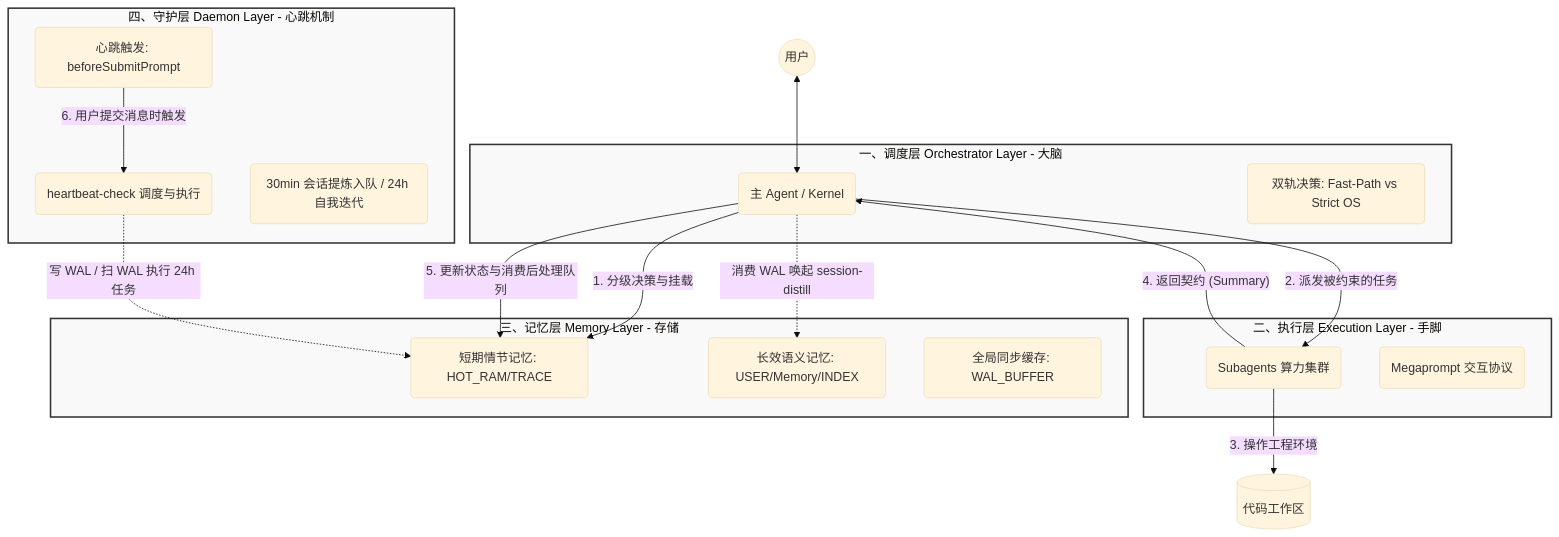
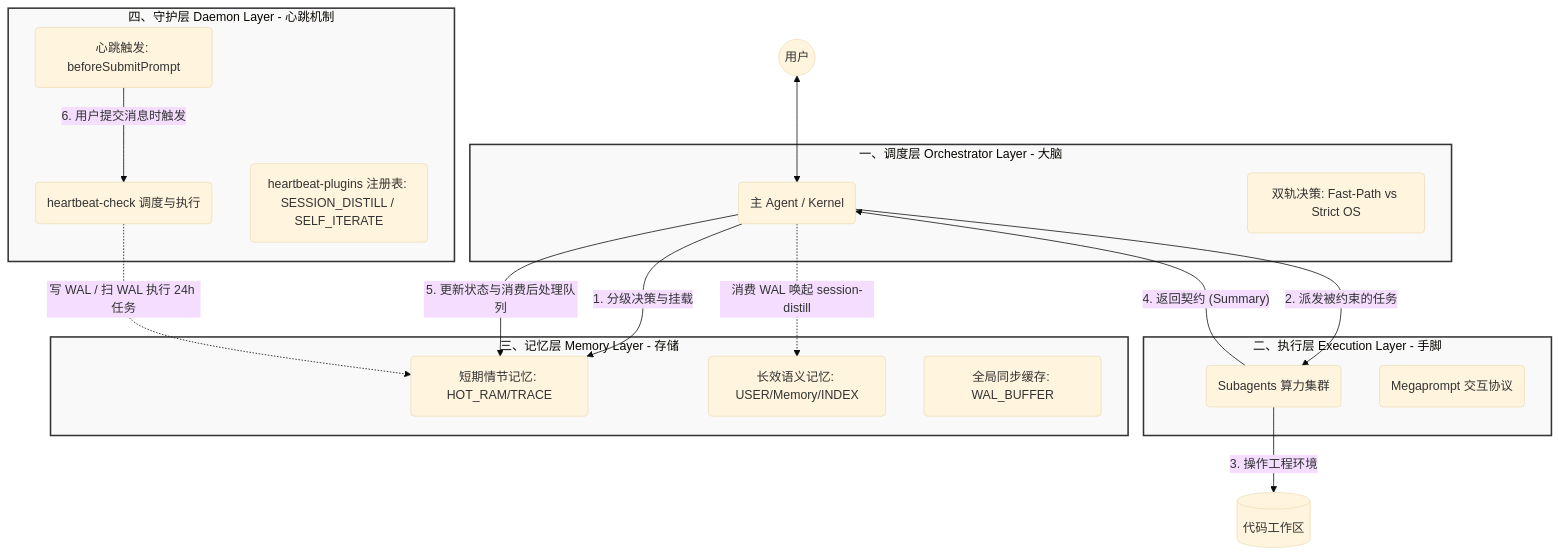
One commit to tower1229/LingXi changed the diagram in .cursor/skills/about-lingxi/references/architecture.md. Above: the diagram before and after it, drawn with Mermaid (base theme). The commit also changed other lines of this file and 16 other files, not shown here.

Commit message:
feat: Implement heartbeat plugins for session management, enhancing the architecture with new functionality for 30-minute session distillation and 24-hour self-iteration. Update installation scripts and documentation to reflect the addition of heartbeat plugins and their integration into the system.

````diff
--- a/.cursor/skills/about-lingxi/references/architecture.md
+++ b/.cursor/skills/about-lingxi/references/architecture.md
@@ -13,40 +13,40 @@
 ```mermaid
 graph TD
     classDef layer fill:#f9f9f9,stroke:#333,stroke-width:2px;
 
     User((用户))
 
     subgraph 调度层 [一、调度层 Orchestrator Layer - 大脑]
         MainAgent(主 Agent / Kernel)
         Tiers(双轨决策: Fast-Path vs Strict OS)
     end
 
     subgraph 执行层 [二、执行层 Execution Layer - 手脚]
         Subagents(Subagents 算力集群)
         Protocol(Megaprompt 交互协议)
     end
 
     subgraph 记忆层 [三、记忆层 Memory Layer - 存储]
         StateFile(短期情节记忆: HOT_RAM/TRACE)
         Knowledge(长效语义记忆: USER/Memory/INDEX)
         GlobalSync(全局同步缓存: WAL_BUFFER)
     end
 
     subgraph 守护层 [四、守护层 Daemon Layer - 心跳机制]
         Hooks(心跳触发: beforeSubmitPrompt)
         Watchdog(heartbeat-check 调度与执行)
-        Apps(30min 会话提炼入队 / 24h 自我迭代)
+        Plugins(heartbeat-plugins 注册表: SESSION_DISTILL / SELF_ITERATE)
     end
 
     User <--> MainAgent
     MainAgent -- 1. 分级决策与挂载 --> StateFile
     MainAgent -- 2. 派发被约束的任务 --> Subagents
     Subagents -- 3. 操作工程环境 --> Workspace[(代码工作区)]
     Subagents -- 4. 返回契约 (Summary) --> MainAgent
     MainAgent -- 5. 更新状态与消费后处理队列 --> StateFile
     Hooks -- 6. 用户提交消息时触发 --> Watchdog
     Watchdog -. 写 WAL / 扫 WAL 执行 24h 任务 .-> StateFile
     MainAgent -. 消费 WAL 唤起 session-distill .-> Knowledge
 
     class 调度层,执行层,记忆层,守护层 layer;
 ```
````
